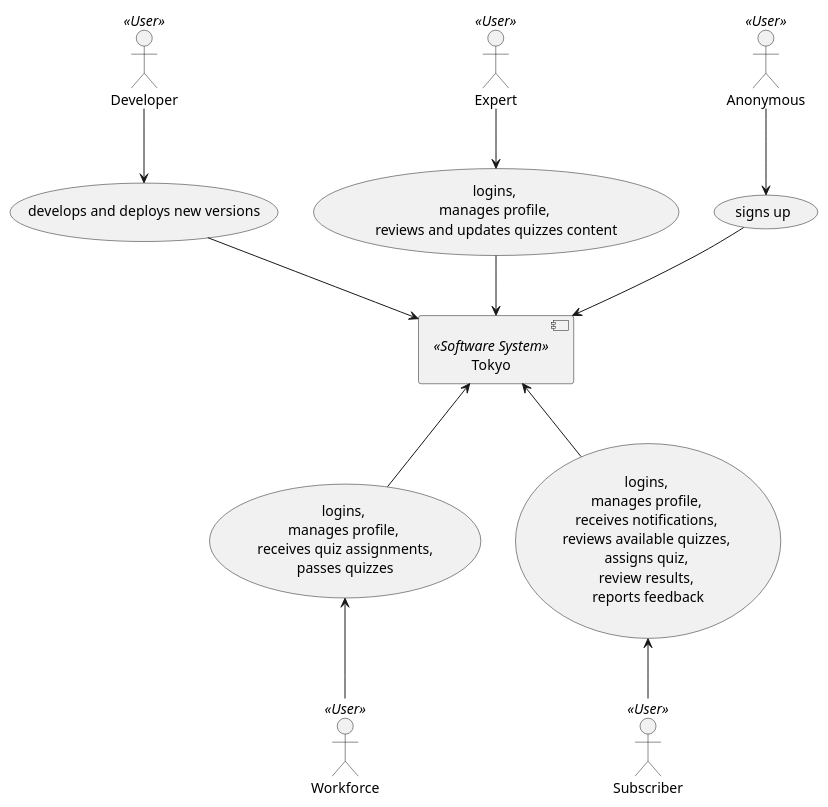
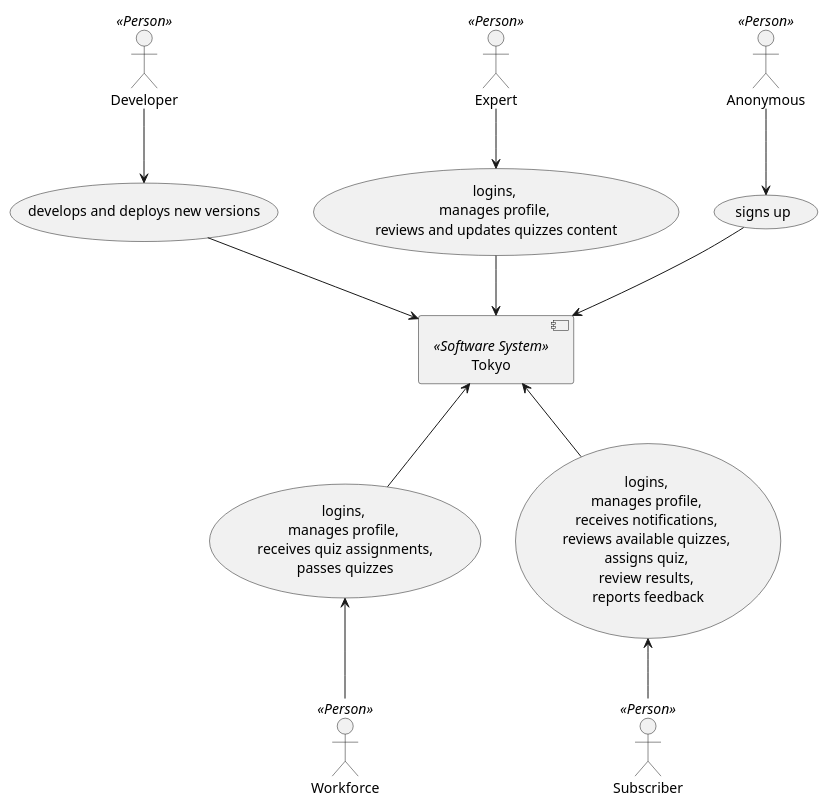
The second of 5 diagrams in documentation/README.md (andrewkandzuba/quizco), drawn with PlantUML before and after one commit. The commit also changed other lines of this file, not shown here.

```diff
--- a/documentation/README.md
+++ b/documentation/README.md
@@ -127,43 +130,43 @@
 @startuml
 
-actor "Developer" <<User>> as ADEV
-actor "Expert" <<User>> as AEXPR
-actor "Subscriber" <<User>> as ASUBSCR
-actor "Workforce" <<User>> as AWF
-actor "Anonymous" <<User>> as AU
+actor "Developer" <<Person>> as ADEV
+actor "Expert" <<Person>> as AEXPR
+actor "Subscriber" <<Person>> as ASUBSCR
+actor "Workforce" <<Person>> as AWF
+actor "Anonymous" <<Person>> as AU
 
 component "Tokyo" <<Software System>> as CQS
 
 usecase (develops and deploys new versions) as UC1
 usecase UC2 as " 
 logins, 
 manages profile, 
 reviews and updates quizzes content"
 usecase UC3 as " 
 logins, 
 manages profile, 
 receives notifications, 
 reviews available quizzes, 
 assigns quiz, 
 review results, 
 reports feedback"
 usecase UC4 as " 
 logins, 
 manages profile, 
 receives quiz assignments,
 passes quizzes"
 usecase UC5 as (signs up)
 
 ADEV -down-> UC1
 UC1 -down-> CQS
 AEXPR -down-> UC2
 UC2 -down-> CQS
 ASUBSCR -up-> UC3
 UC3 -up-> CQS
 AWF -up-> UC4
 UC4 -up-> CQS
 AU -down-> UC5
 UC5 -down-> CQS
 
 
 @enduml
```
